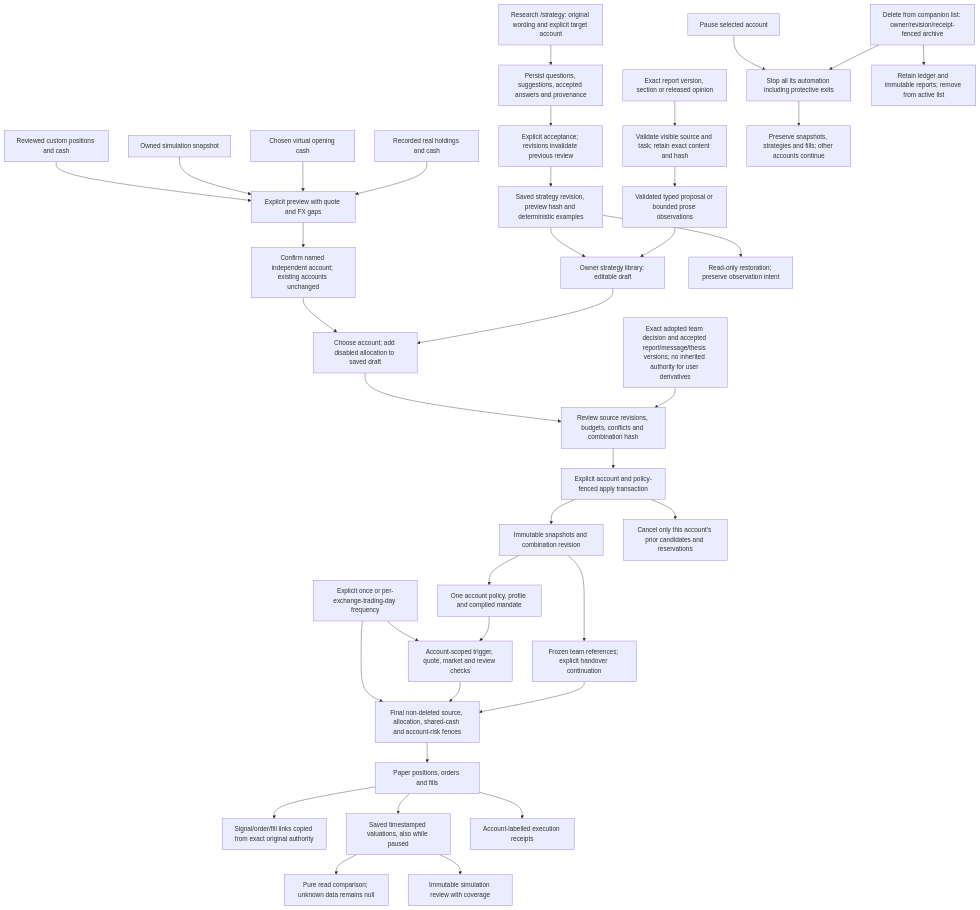
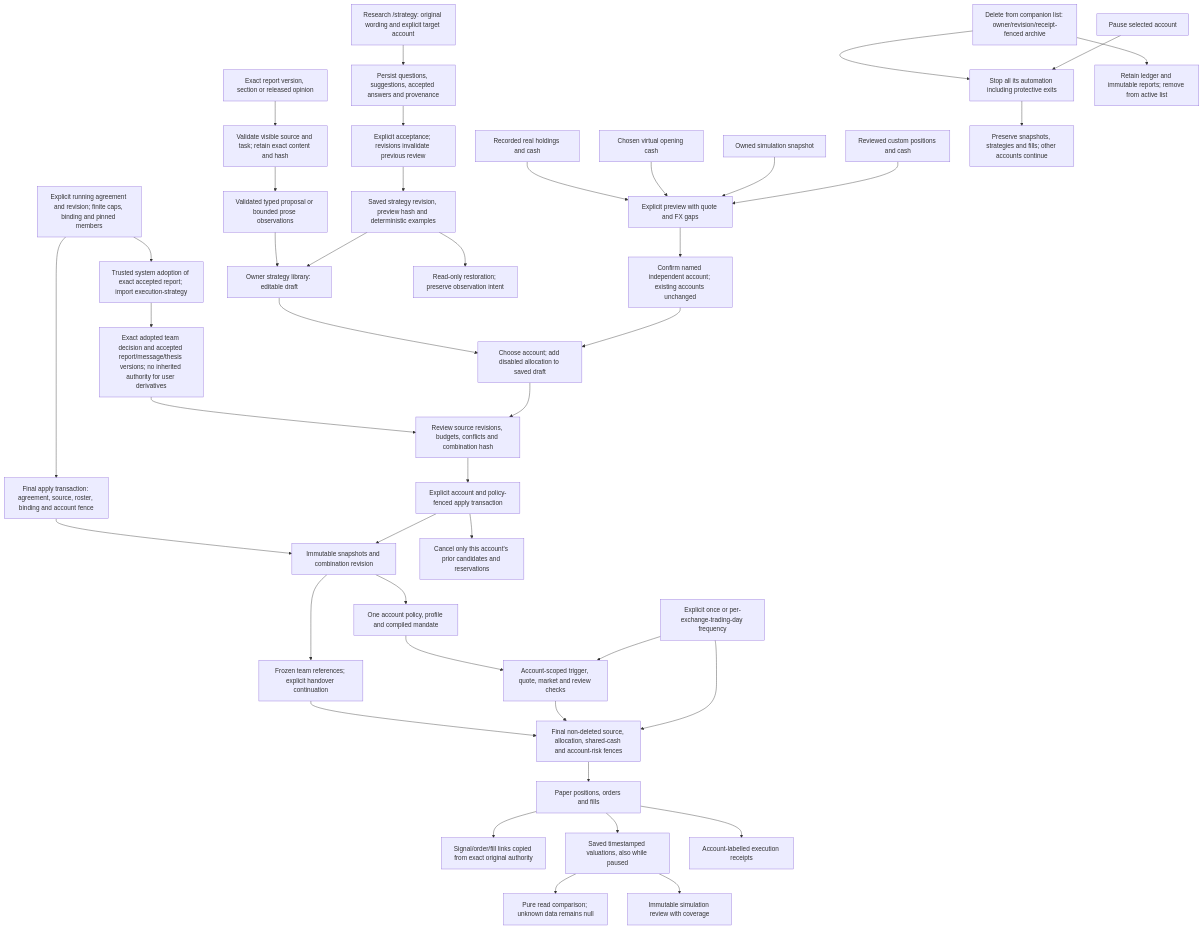
Before and after one commit to Lueyu/squabble: the third of 5 diagrams in docs/architecture.md, drawn with Mermaid. The commit also changed other lines of this file and 174 other files, not shown here.

````diff
--- a/docs/architecture.md
+++ b/docs/architecture.md
@@ -267,40 +284,44 @@
 ```mermaid
 flowchart TD
+    agreement["Explicit running agreement and revision; finite caps, binding and pinned members"] --> systemActor["Trusted system adoption of exact accepted report; import execution-strategy"]
+    systemActor --> teamDecision
+    agreement --> finalAuthority["Final apply transaction: agreement, source, roster, binding and account fence"]
+    finalAuthority --> authority
     teamDecision["Exact adopted team decision and accepted report/message/thesis versions; no inherited authority for user derivatives"] --> preview
     authority --> teamPolicy["Frozen team references; explicit handover continuation"]
     teamPolicy --> order
     ledger --> teamTrace["Signal/order/fill links copied from exact original authority"]
     real["Recorded real holdings and cash"] --> seed["Explicit preview with quote and FX gaps"]
     virtual["Chosen virtual opening cash"] --> seed
     ownedPaper["Owned simulation snapshot"] --> seed
     custom["Reviewed custom positions and cash"] --> seed
     seed --> create["Confirm named independent account; existing accounts unchanged"]
     source["Exact report version, section or released opinion"] --> readable["Validate visible source and task; retain exact content and hash"]
     readable --> typed["Validated typed proposal or bounded prose observations"]
     typed --> draft["Owner strategy library: editable draft"]
     idea["Research /strategy: original wording and explicit target account"] --> questions["Persist questions, suggestions, accepted answers and provenance"]
     questions --> acceptAnswer["Explicit acceptance; revisions invalidate previous review"]
     acceptAnswer --> savedReview["Saved strategy revision, preview hash and deterministic examples"]
     savedReview --> draft
     savedReview --> restoreReview["Read-only restoration; preserve observation intent"]
     draft --> target["Choose account; add disabled allocation to saved draft"]
     create --> target
     target --> preview["Review source revisions, budgets, conflicts and combination hash"]
     preview --> apply["Explicit account and policy-fenced apply transaction"]
     apply --> authority["Immutable snapshots and combination revision"]
     apply --> cancel["Cancel only this account's prior candidates and reservations"]
     authority --> runtime["One account policy, profile and compiled mandate"]
     runtime --> schedule["Account-scoped trigger, quote, market and review checks"]
     schedule --> order["Final non-deleted source, allocation, shared-cash and account-risk fences"]
     frequency["Explicit once or per-exchange-trading-day frequency"] --> schedule
     frequency --> order
     order --> ledger["Paper positions, orders and fills"]
     archive["Delete from companion list: owner/revision/receipt-fenced archive"] --> stop
     archive --> retained["Retain ledger and immutable reports; remove from active list"]
     pause["Pause selected account"] --> stop["Stop all its automation including protective exits"]
     stop --> history["Preserve snapshots, strategies and fills; other accounts continue"]
     ledger --> valuation["Saved timestamped valuations, also while paused"]
     valuation --> comparison["Pure read comparison; unknown data remains null"]
     valuation --> review["Immutable simulation review with coverage"]
     ledger --> channel["Account-labelled execution receipts"]
 ```
````
